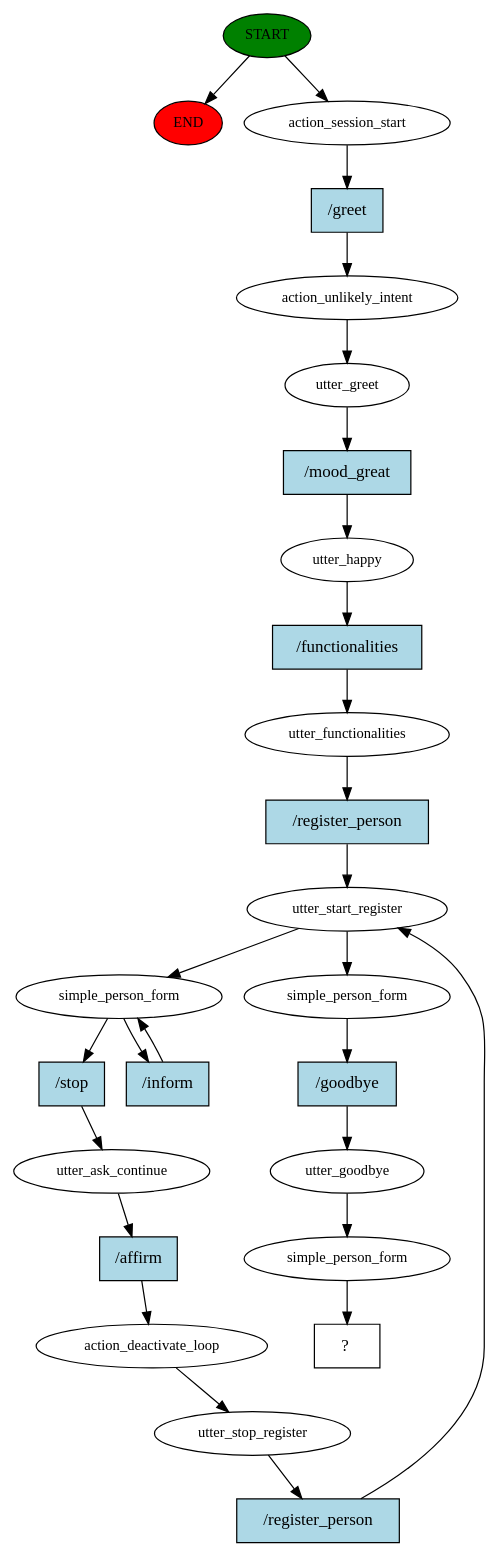
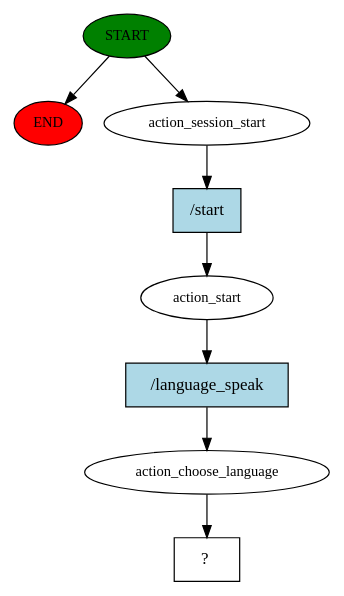
Before and after one commit to nathaliaspatricio/rasa-examples: the diagram in time/story_graph.dot, drawn with Graphviz. The commit also changed 417 other files, not shown here.

```diff
--- a/time/story_graph.dot
+++ b/time/story_graph.dot
@@ -1,53 +1,17 @@
 digraph  {
 0 [class="start active", fillcolor=green, fontsize=12, label=START, style=filled];
 "-1" [class=end, fillcolor=red, fontsize=12, label=END, style=filled];
 1 [class=active, fontsize=12, label=action_session_start];
-2 [class=active, fontsize=12, label=action_unlikely_intent];
-3 [class=active, fontsize=12, label=utter_greet];
-4 [class=active, fontsize=12, label=utter_happy];
-5 [class=active, fontsize=12, label=utter_functionalities];
-6 [class=active, fontsize=12, label=utter_start_register];
-7 [class=active, fontsize=12, label=simple_person_form];
-9 [class=active, fontsize=12, label=utter_ask_continue];
-10 [class=active, fontsize=12, label=action_deactivate_loop];
-11 [class=active, fontsize=12, label=utter_stop_register];
-13 [class=active, fontsize=12, label=simple_person_form];
-14 [class=active, fontsize=12, label=utter_goodbye];
-15 [class=active, fontsize=12, label=simple_person_form];
-16 [class="intent dashed active", label="  ?  ", shape=rect];
-17 [class="intent active", fillcolor=lightblue, label="/greet", shape=rect, style=filled];
-18 [class="intent active", fillcolor=lightblue, label="/mood_great", shape=rect, style=filled];
-19 [class="intent active", fillcolor=lightblue, label="/functionalities", shape=rect, style=filled];
-20 [class="intent active", fillcolor=lightblue, label="/register_person", shape=rect, style=filled];
-21 [class="intent active", fillcolor=lightblue, label="/stop", shape=rect, style=filled];
-22 [class="intent active", fillcolor=lightblue, label="/inform", shape=rect, style=filled];
-23 [class="intent active", fillcolor=lightblue, label="/affirm", shape=rect, style=filled];
-24 [class="intent active", fillcolor=lightblue, label="/register_person", shape=rect, style=filled];
-25 [class="intent active", fillcolor=lightblue, label="/goodbye", shape=rect, style=filled];
+2 [class=active, fontsize=12, label=action_start];
+3 [class=active, fontsize=12, label=action_choose_language];
+4 [class="intent dashed active", label="  ?  ", shape=rect];
+5 [class="intent active", fillcolor=lightblue, label="/start", shape=rect, style=filled];
+6 [class="intent active", fillcolor=lightblue, label="/language_speak", shape=rect, style=filled];
 0 -> "-1"  [class="", key=NONE, label=""];
 0 -> 1  [class=active, key=NONE, label=""];
-1 -> 17  [class=active, key=0];
-2 -> 3  [class=active, key=NONE, label=""];
-3 -> 18  [class=active, key=0];
-4 -> 19  [class=active, key=0];
-5 -> 20  [class=active, key=0];
-6 -> 7  [class=active, key=NONE, label=""];
-6 -> 13  [class=active, key=NONE, label=""];
-7 -> 21  [class=active, key=0];
-7 -> 22  [class=active, key=0];
-9 -> 23  [class=active, key=0];
-10 -> 11  [class=active, key=NONE, label=""];
-11 -> 24  [class=active, key=0];
-13 -> 25  [class=active, key=0];
-14 -> 15  [class=active, key=NONE, label=""];
-15 -> 16  [class=active, key=NONE, label=""];
-17 -> 2  [class=active, key=0];
-18 -> 4  [class=active, key=0];
-19 -> 5  [class=active, key=0];
-20 -> 6  [class=active, key=0];
-21 -> 9  [class=active, key=0];
-22 -> 7  [class=active, key=0];
-23 -> 10  [class=active, key=0];
-24 -> 6  [class=active, key=0];
-25 -> 14  [class=active, key=0];
+1 -> 5  [class=active, key=0];
+2 -> 6  [class=active, key=0];
+3 -> 4  [class=active, key=NONE, label=""];
+5 -> 2  [class=active, key=0];
+6 -> 3  [class=active, key=0];
 }
```
